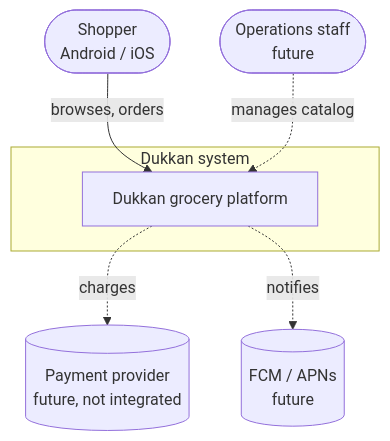
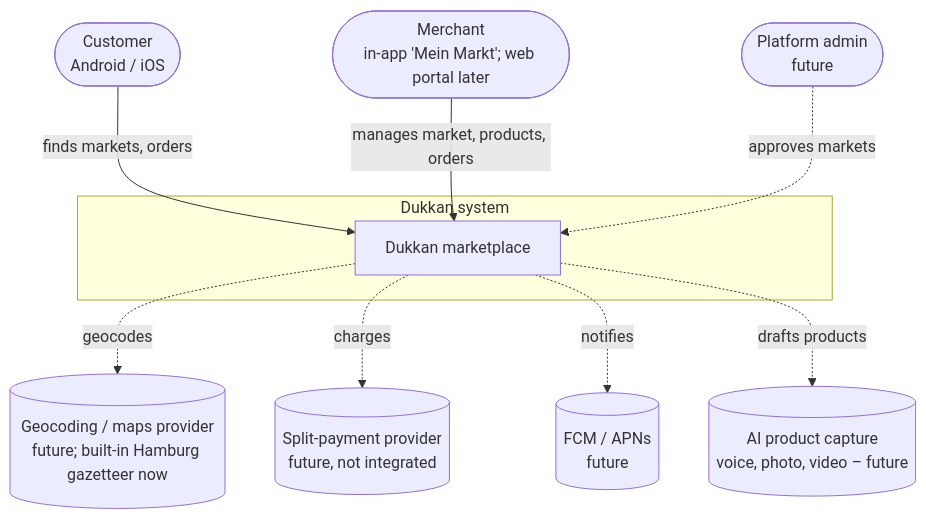
Before and after one commit to uptonext-org/dukkan: the diagram in docs/architecture/diagrams/c4-context.mmd, drawn with Mermaid. The commit also changed 15 other files, not shown here.

First line of the commit message:
docs: update architecture, API guide, setup, backlog and flows for the marketplace; add e2e-api CI job

```diff
--- a/docs/architecture/diagrams/c4-context.mmd
+++ b/docs/architecture/diagrams/c4-context.mmd
@@ -1,12 +1,18 @@
 flowchart TB
-  shopper([Shopper<br/>Android / iOS])
-  ops([Operations staff<br/>future])
+  shopper([Customer<br/>Android / iOS])
+  merchant([Merchant<br/>in-app 'Mein Markt'; web portal later])
+  ops([Platform admin<br/>future])
   subgraph dukkan[Dukkan system]
-    sys[Dukkan grocery platform]
+    sys[Dukkan marketplace]
   end
-  psp[(Payment provider<br/>future, not integrated)]
+  geo[(Geocoding / maps provider<br/>future; built-in Hamburg gazetteer now)]
+  psp[(Split-payment provider<br/>future, not integrated)]
   push[(FCM / APNs<br/>future)]
-  shopper -- browses, orders --> sys
-  ops -. manages catalog .-> sys
+  ai[(AI product capture<br/>voice, photo, video – future)]
+  shopper -- finds markets, orders --> sys
+  merchant -- manages market, products, orders --> sys
+  ops -. approves markets .-> sys
+  sys -. geocodes .-> geo
   sys -. charges .-> psp
   sys -. notifies .-> push
+  sys -. drafts products .-> ai
```
